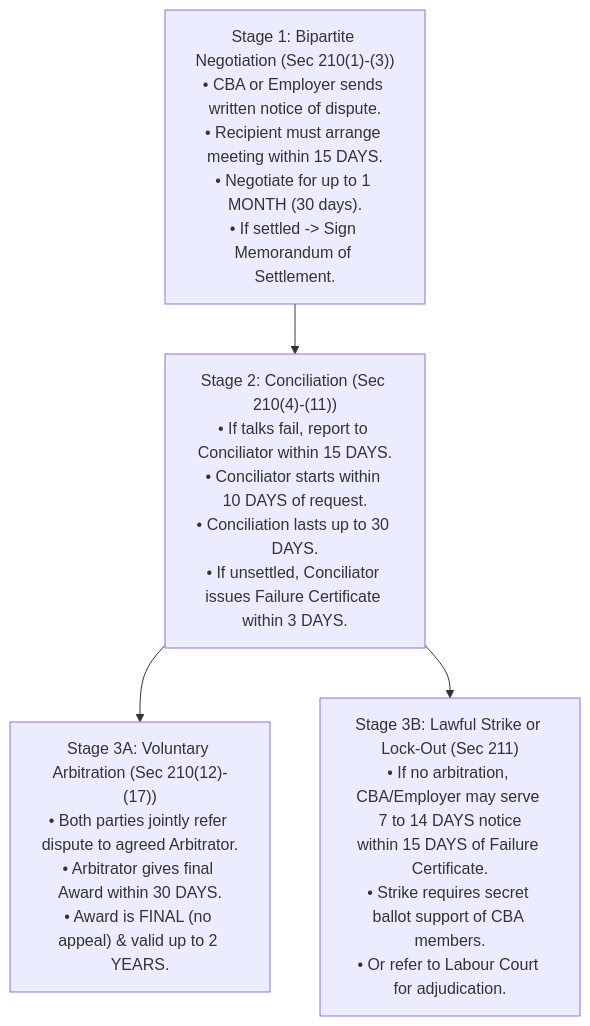
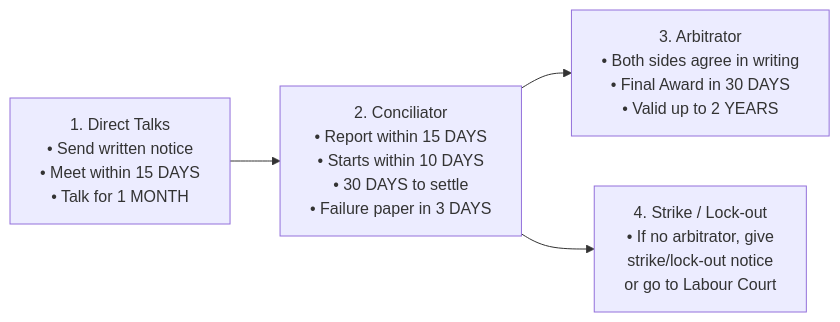
Before and after one commit to azazarfin60/Hum_2217_Semester_Final: the diagram in SI_Sir_Exclusive/05_Ch4_Trade_Union_CBA_Disputes_and_Applied_Scenarios.md, drawn with Mermaid. The commit also changed other lines of this file and 25 other files, not shown here.

````diff
--- a/SI_Sir_Exclusive/05_Ch4_Trade_Union_CBA_Disputes_and_Applied_Scenarios.md
+++ b/SI_Sir_Exclusive/05_Ch4_Trade_Union_CBA_Disputes_and_Applied_Scenarios.md
@@ -202,6 +139,6 @@
 ```mermaid
-flowchart TD
-    S1["Stage 1: Bipartite Negotiation (Sec 210(1)-(3))<br/>• CBA or Employer sends written notice of dispute.<br/>• Recipient must arrange meeting within 15 DAYS.<br/>• Negotiate for up to 1 MONTH (30 days).<br/>• If settled -> Sign Memorandum of Settlement."] --> S2["Stage 2: Conciliation (Sec 210(4)-(11))<br/>• If talks fail, report to Conciliator within 15 DAYS.<br/>• Conciliator starts within 10 DAYS of request.<br/>• Conciliation lasts up to 30 DAYS.<br/>• If unsettled, Conciliator issues Failure Certificate within 3 DAYS."]
-    S2 --> S3A["Stage 3A: Voluntary Arbitration (Sec 210(12)-(17))<br/>• Both parties jointly refer dispute to agreed Arbitrator.<br/>• Arbitrator gives final Award within 30 DAYS.<br/>• Award is FINAL (no appeal) & valid up to 2 YEARS."]
-    S2 --> S3B["Stage 3B: Lawful Strike or Lock-Out (Sec 211)<br/>• If no arbitration, CBA/Employer may serve 7 to 14 DAYS notice<br/>within 15 DAYS of Failure Certificate.<br/>• Strike requires secret ballot support of CBA members.<br/>• Or refer to Labour Court for adjudication."]
+flowchart LR
+    A["1. Direct Talks<br/>• Send written notice<br/>• Meet within 15 DAYS<br/>• Talk for 1 MONTH"] --> B["2. Conciliator<br/>• Report within 15 DAYS<br/>• Starts within 10 DAYS<br/>• 30 DAYS to settle<br/>• Failure paper in 3 DAYS"]
+    B --> C["3. Arbitrator<br/>• Both sides agree in writing<br/>• Final Award in 30 DAYS<br/>• Valid up to 2 YEARS"]
+    B --> D["4. Strike / Lock-out<br/>• If no arbitrator, give<br/>strike/lock-out notice<br/>or go to Labour Court"]
 ```
````
